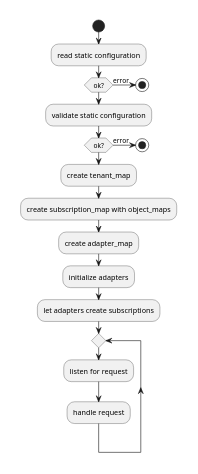
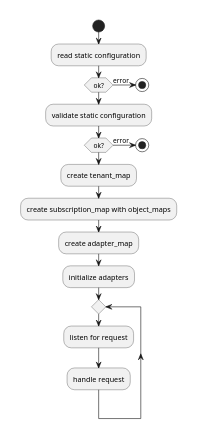
Before and after one commit to oss-vienna-at/movin-things: the diagram in docs/docs/uml/src/backend_startup.puml, drawn with PlantUML. The commit also changed 18 other files, not shown here.

```diff
--- a/docs/docs/uml/src/backend_startup.puml
+++ b/docs/docs/uml/src/backend_startup.puml
@@ -1,24 +1,23 @@
 @startuml
 'https://plantuml.com/activity-diagram-beta
 
 scale 0.3
 
 start
 :read static configuration;
 if (ok?) then (error)
     stop
 endif
 :validate static configuration;
 if (ok?) then (error)
     stop
 endif
 :create tenant_map;
 :create subscription_map with object_maps;
 :create adapter_map;
 :initialize adapters;
-:let adapters create subscriptions;
 repeat
     :listen for request;
     :handle request;
 repeat while
 @enduml
```
